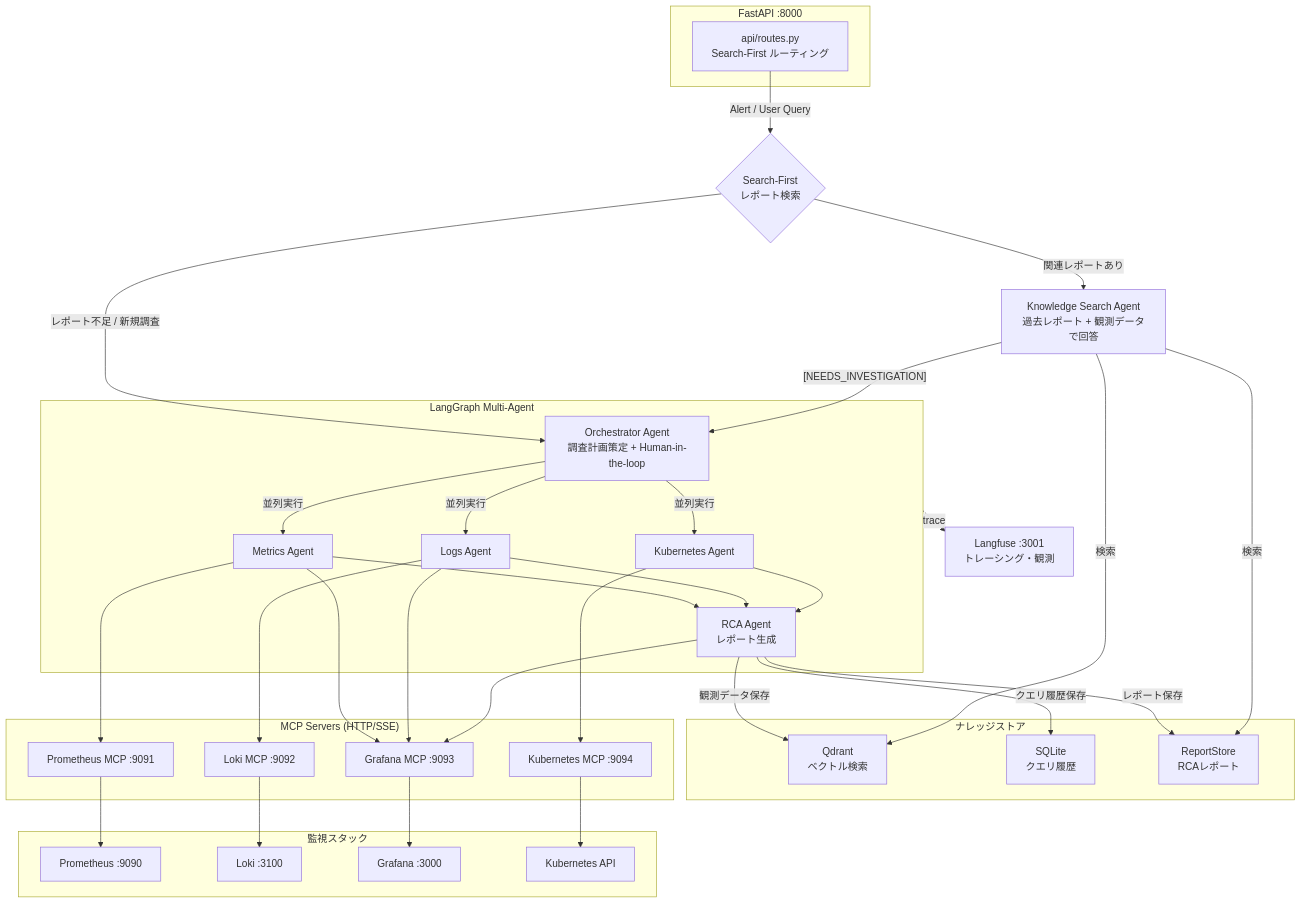
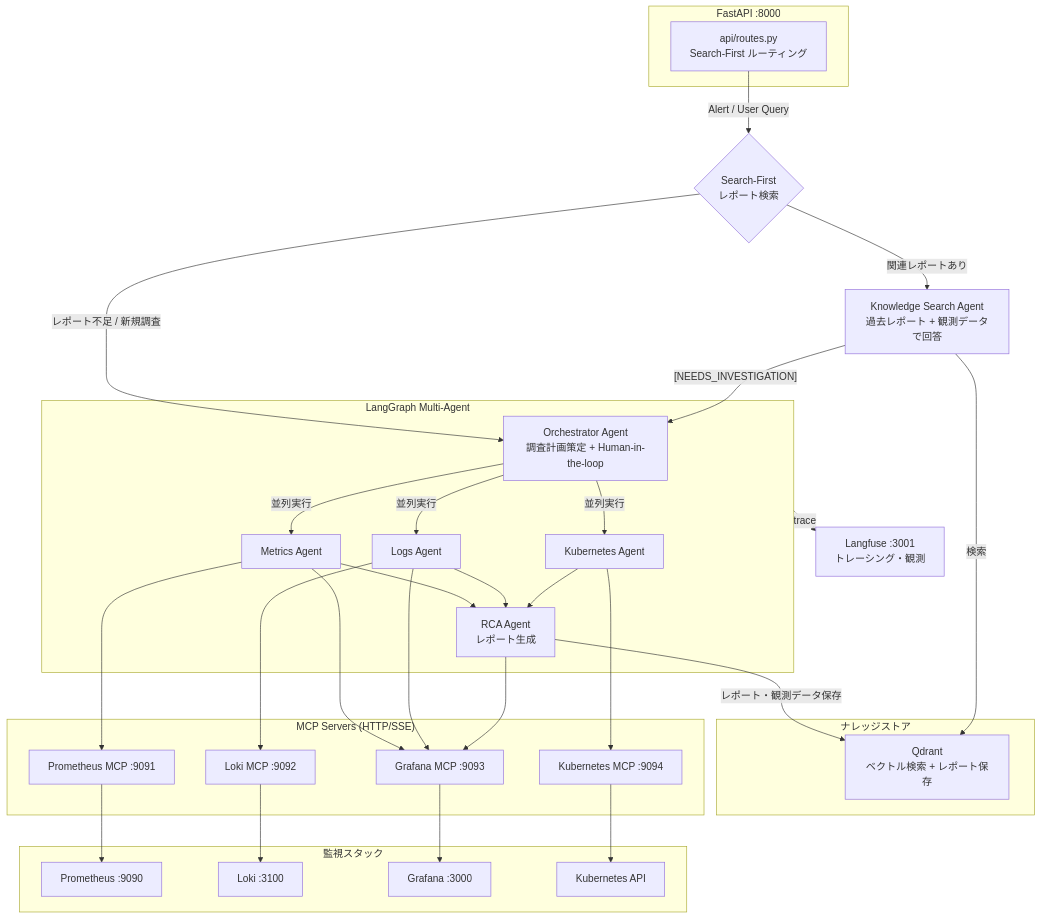
One commit to dokuma/ai-agent-observability changed the first of 2 diagrams in docs/architecture.md. Above: the diagram before and after it, drawn with Mermaid. The commit also changed other lines of this file and 21 other files, not shown here.

First line of the commit message:
Remove SQLite implementation and consolidate on Qdrant as sole data store

````diff
--- a/docs/architecture.md
+++ b/docs/architecture.md
@@ -9,68 +9,63 @@
 ```mermaid
 graph TD
     subgraph API["FastAPI :8000"]
         routes["api/routes.py<br/>Search-First ルーティング"]
     end
 
     routes -->|"Alert / User Query"| search_first
     search_first{"Search-First<br/>レポート検索"}
     search_first -->|"関連レポートあり"| knowledge["Knowledge Search Agent<br/>過去レポート + 観測データで回答"]
     search_first -->|"レポート不足 / 新規調査"| orchestrator
     knowledge -->|"[NEEDS_INVESTIGATION]"| orchestrator
 
     subgraph Agents["LangGraph Multi-Agent"]
         orchestrator["Orchestrator Agent<br/>調査計画策定 + Human-in-the-loop"]
         metrics["Metrics Agent"]
         logs["Logs Agent"]
         k8s["Kubernetes Agent"]
         rca["RCA Agent<br/>レポート生成"]
 
         orchestrator -->|並列実行| metrics
         orchestrator -->|並列実行| logs
         orchestrator -->|並列実行| k8s
         metrics --> rca
         logs --> rca
         k8s --> rca
     end
 
     subgraph Storage["ナレッジストア"]
-        qdrant["Qdrant<br/>ベクトル検索"]
-        sqlite["SQLite<br/>クエリ履歴"]
-        report_store["ReportStore<br/>RCAレポート"]
+        qdrant["Qdrant<br/>ベクトル検索 + レポート保存"]
     end
 
-    rca -->|レポート保存| report_store
-    rca -->|観測データ保存| qdrant
-    rca -->|クエリ履歴保存| sqlite
+    rca -->|レポート・観測データ保存| qdrant
     knowledge -->|検索| qdrant
-    knowledge -->|検索| report_store
 
     subgraph MCP["MCP Servers (HTTP/SSE)"]
         prom_mcp["Prometheus MCP :9091"]
         loki_mcp["Loki MCP :9092"]
         grafana_mcp["Grafana MCP :9093"]
         k8s_mcp["Kubernetes MCP :9094"]
     end
 
     metrics --> prom_mcp
     metrics --> grafana_mcp
     logs --> loki_mcp
     logs --> grafana_mcp
     k8s --> k8s_mcp
     rca --> grafana_mcp
 
     subgraph Infra["監視スタック"]
         prometheus["Prometheus :9090"]
         loki["Loki :3100"]
         grafana["Grafana :3000"]
         k8s_api["Kubernetes API"]
     end
 
     prom_mcp --> prometheus
     loki_mcp --> loki
     grafana_mcp --> grafana
     k8s_mcp --> k8s_api
 
     langfuse["Langfuse :3001<br/>トレーシング・観測"]
     Agents -.->|trace| langfuse
 ```
````
